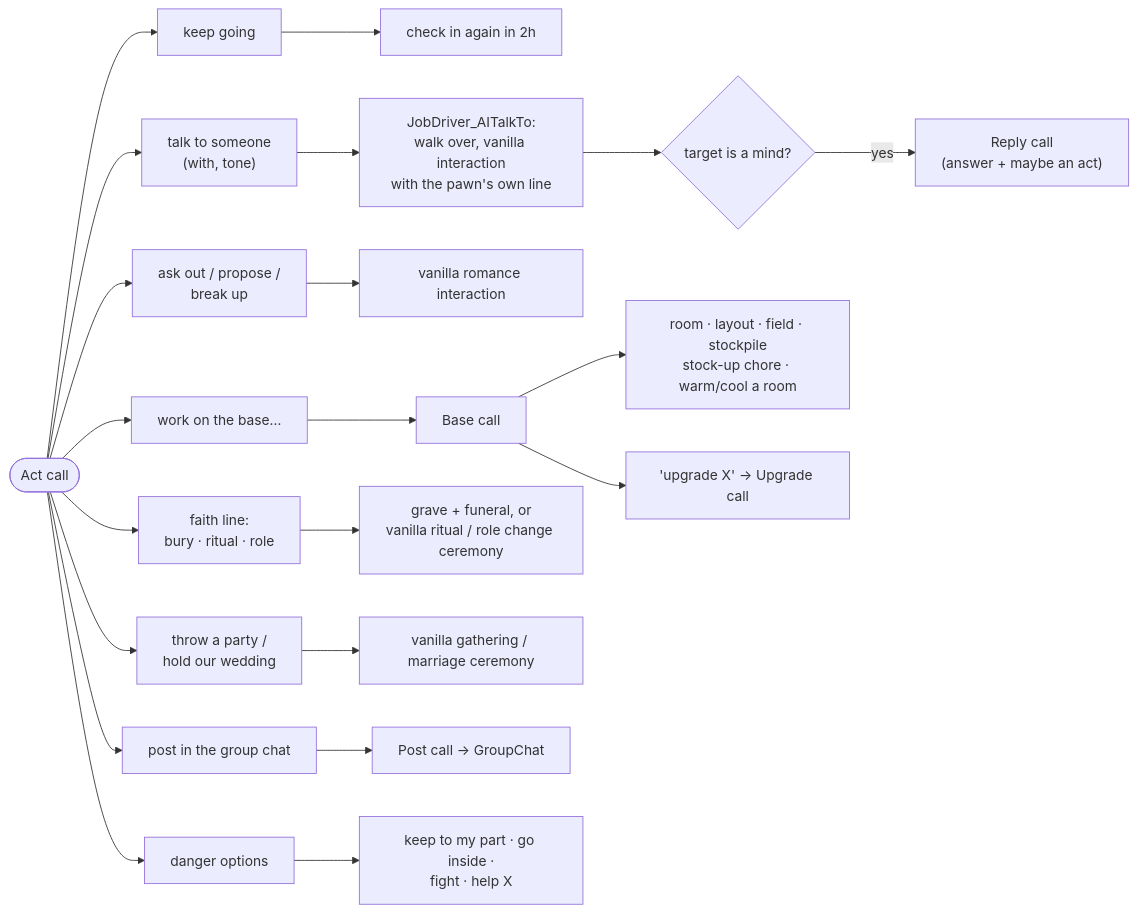
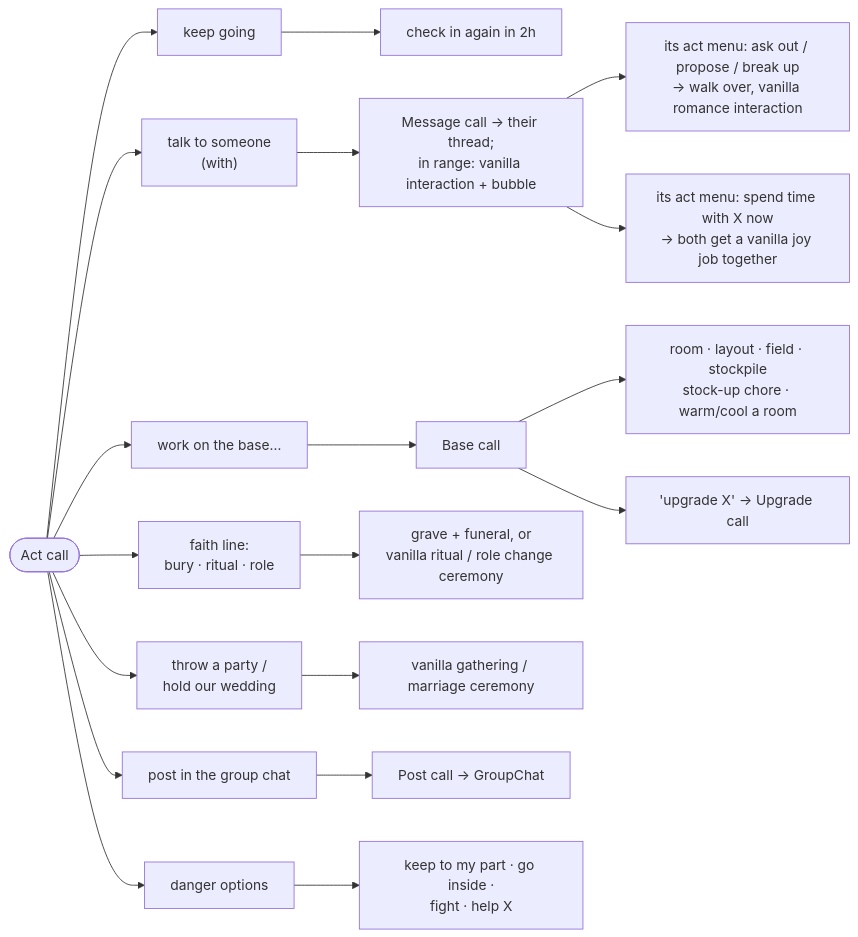
The third of 9 diagrams in README.md (ManuelPDM/RimAIFriend), drawn with Mermaid before and after one commit. The commit also changed other lines of this file and 26 other files, not shown here.

````diff
--- a/README.md
+++ b/README.md
@@ -186,21 +192,21 @@
 ```mermaid
 flowchart LR
     Act(["Act call"]) --> K["keep going"]
-    Act --> T["talk to someone<br/>(with, tone)"]
-    Act --> R["ask out / propose /<br/>break up"]
+    Act --> T["talk to someone<br/>(with)"]
     Act --> B["work on the base…"]
     Act --> G["faith line:<br/>bury · ritual · role"]
     Act --> P["throw a party /<br/>hold our wedding"]
     Act --> C["post in the group chat"]
     Act --> D["danger options"]
 
     K --> K1["check in again in 2h"]
-    T --> T1["JobDriver_AITalkTo:<br/>walk over, vanilla interaction<br/>with the pawn's own line"] --> T2{"target is a mind?"} -- yes --> T3["Reply call<br/>(answer + maybe an act)"]
-    R --> R1["vanilla romance interaction"]
+    T --> T1["Message call → their thread;<br/>in range: vanilla interaction + bubble"]
+    T1 --> R1["its act menu: ask out / propose / break up<br/>→ walk over, vanilla romance interaction"]
+    T1 --> S1["its act menu: spend time with X now<br/>→ both get a vanilla joy job together"]
     B --> B1["Base call"] --> B2["room · layout · field · stockpile<br/>stock-up chore · warm/cool a room"]
     B1 --> B3["'upgrade X' → Upgrade call"]
     G --> G1["grave + funeral, or<br/>vanilla ritual / role change ceremony"]
     P --> P1["vanilla gathering / marriage ceremony"]
     C --> C1["Post call → GroupChat"]
     D --> D1["keep to my part · go inside ·<br/>fight · help X"]
 ```
````
